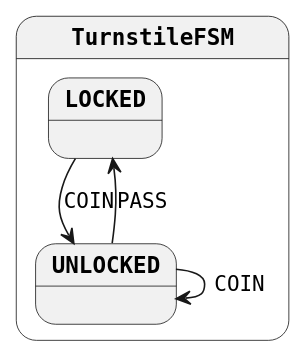
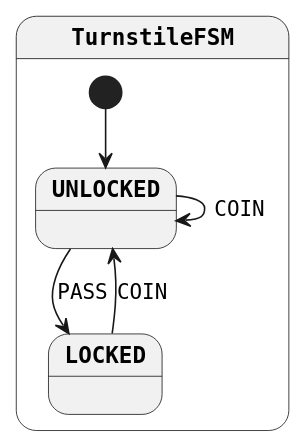
One commit to open-jumpco/kfsm-viz-plugin changed the diagram in output/generated/turnstile-simple.plantuml. Above: the diagram before and after it, drawn with PlantUML. The commit also changed 17 other files, not shown here.

```diff
--- a/output/generated/turnstile-simple.plantuml
+++ b/output/generated/turnstile-simple.plantuml
@@ -1,15 +1,15 @@
 @startuml
 skinparam monochrome true
 skinparam StateFontName Helvetica
 skinparam defaultFontName Monospaced
 skinparam defaultFontStyle Bold
 skinparam state {
-    FontColor Black
     FontStyle Bold
 }
 state TurnstileFSM {
+[*] --> UNLOCKED
 LOCKED --> UNLOCKED : COIN
 UNLOCKED --> UNLOCKED : COIN
 UNLOCKED --> LOCKED : PASS
 }
 @enduml
```
